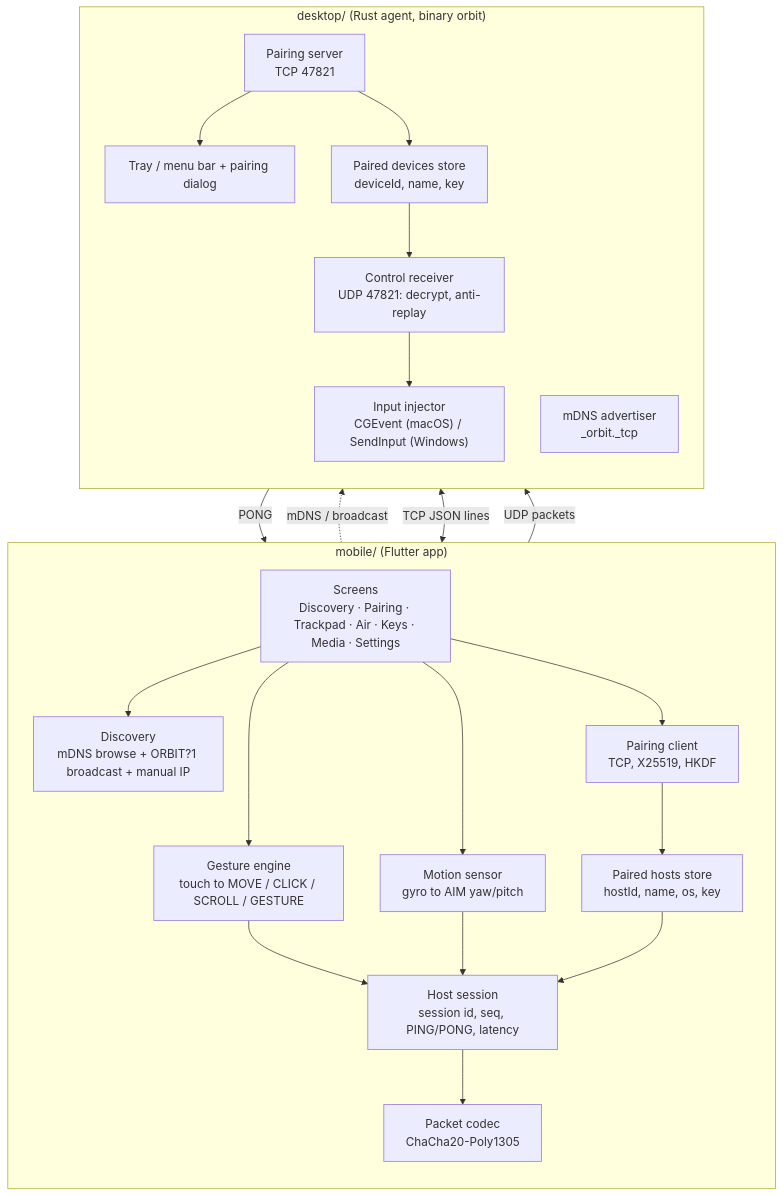
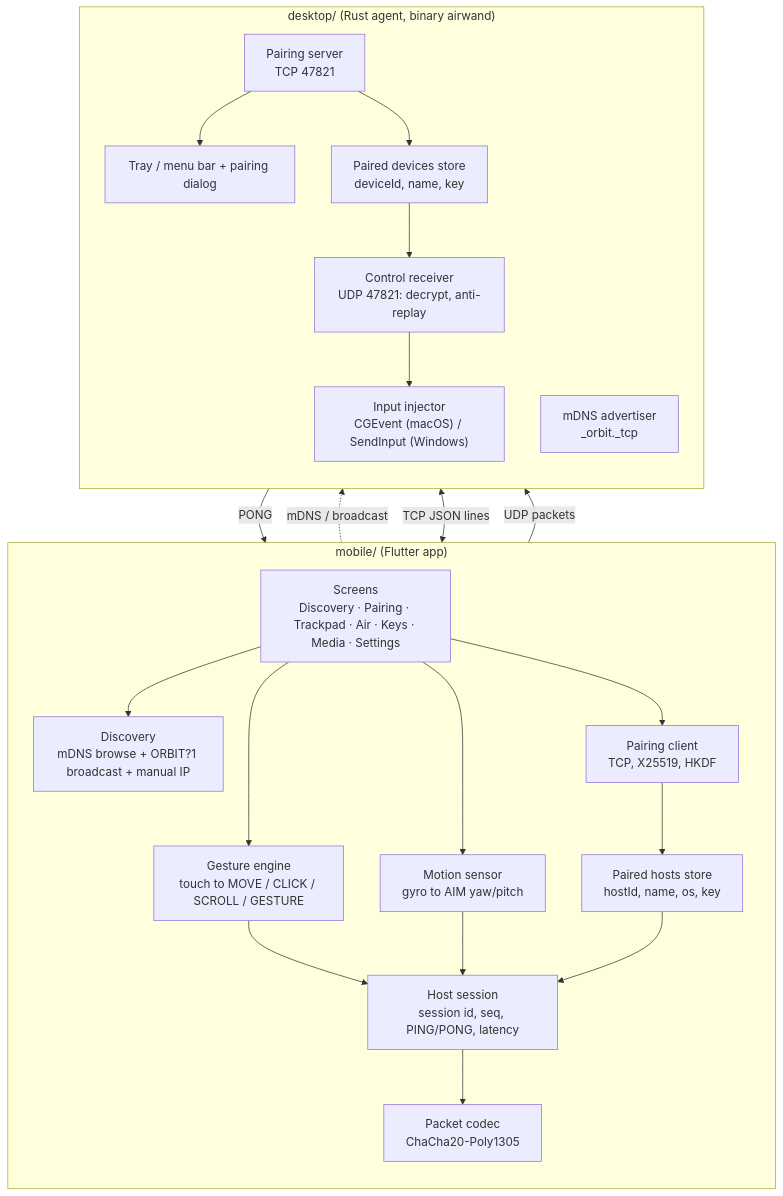
One commit to 0xCodez/AirWand changed the first of 6 diagrams in docs/ARCHITECTURE.md. Above: the diagram before and after it, drawn with Mermaid. The commit also changed other lines of this file and 89 other files, not shown here.

````diff
--- a/docs/ARCHITECTURE.md
+++ b/docs/ARCHITECTURE.md
@@ -7,36 +7,36 @@
 ```mermaid
 flowchart TB
     subgraph Mobile["mobile/ (Flutter app)"]
         direction TB
         Screens["Screens<br/>Discovery · Pairing · Trackpad · Air · Keys · Media · Settings"]
         Gestures["Gesture engine<br/>touch to MOVE / CLICK / SCROLL / GESTURE"]
         Motion["Motion sensor<br/>gyro to AIM yaw/pitch"]
         Disc["Discovery<br/>mDNS browse + ORBIT?1 broadcast + manual IP"]
         PairC["Pairing client<br/>TCP, X25519, HKDF"]
         Store["Paired hosts store<br/>hostId, name, os, key"]
         Session["Host session<br/>session id, seq, PING/PONG, latency"]
         Codec["Packet codec<br/>ChaCha20-Poly1305"]
         Screens --> Gestures --> Session
         Screens --> Motion --> Session
         Screens --> Disc
         Screens --> PairC --> Store
         Store --> Session --> Codec
     end
 
-    subgraph Desktop["desktop/ (Rust agent, binary orbit)"]
+    subgraph Desktop["desktop/ (Rust agent, binary airwand)"]
         direction TB
         Tray["Tray / menu bar + pairing dialog"]
         Adv["mDNS advertiser<br/>_orbit._tcp"]
         PairS["Pairing server<br/>TCP 47821"]
         Devices["Paired devices store<br/>deviceId, name, key"]
         Ctrl["Control receiver<br/>UDP 47821: decrypt, anti-replay"]
         Inject["Input injector<br/>CGEvent (macOS) / SendInput (Windows)"]
         PairS --> Tray
         PairS --> Devices --> Ctrl --> Inject
     end
 
     Disc -.->|"mDNS / broadcast"| Adv
     PairC <-->|"TCP JSON lines"| PairS
     Codec -->|"UDP packets"| Ctrl
     Ctrl -->|"PONG"| Codec
 ```
````
